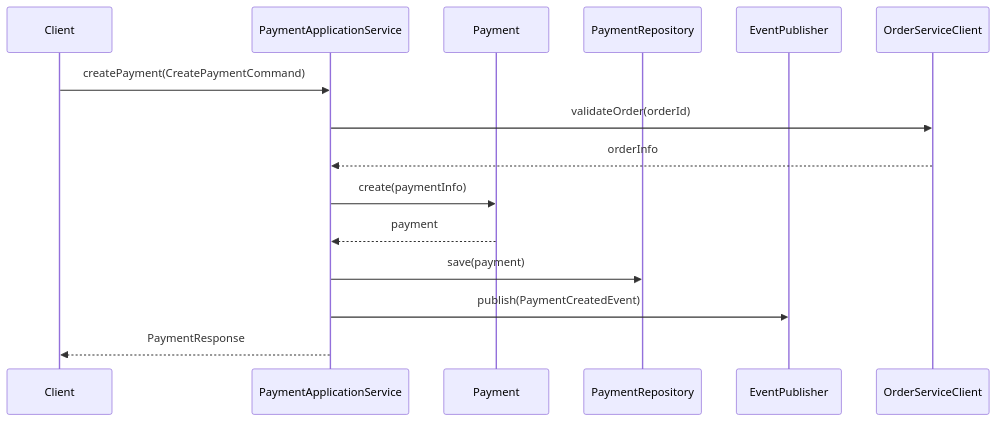
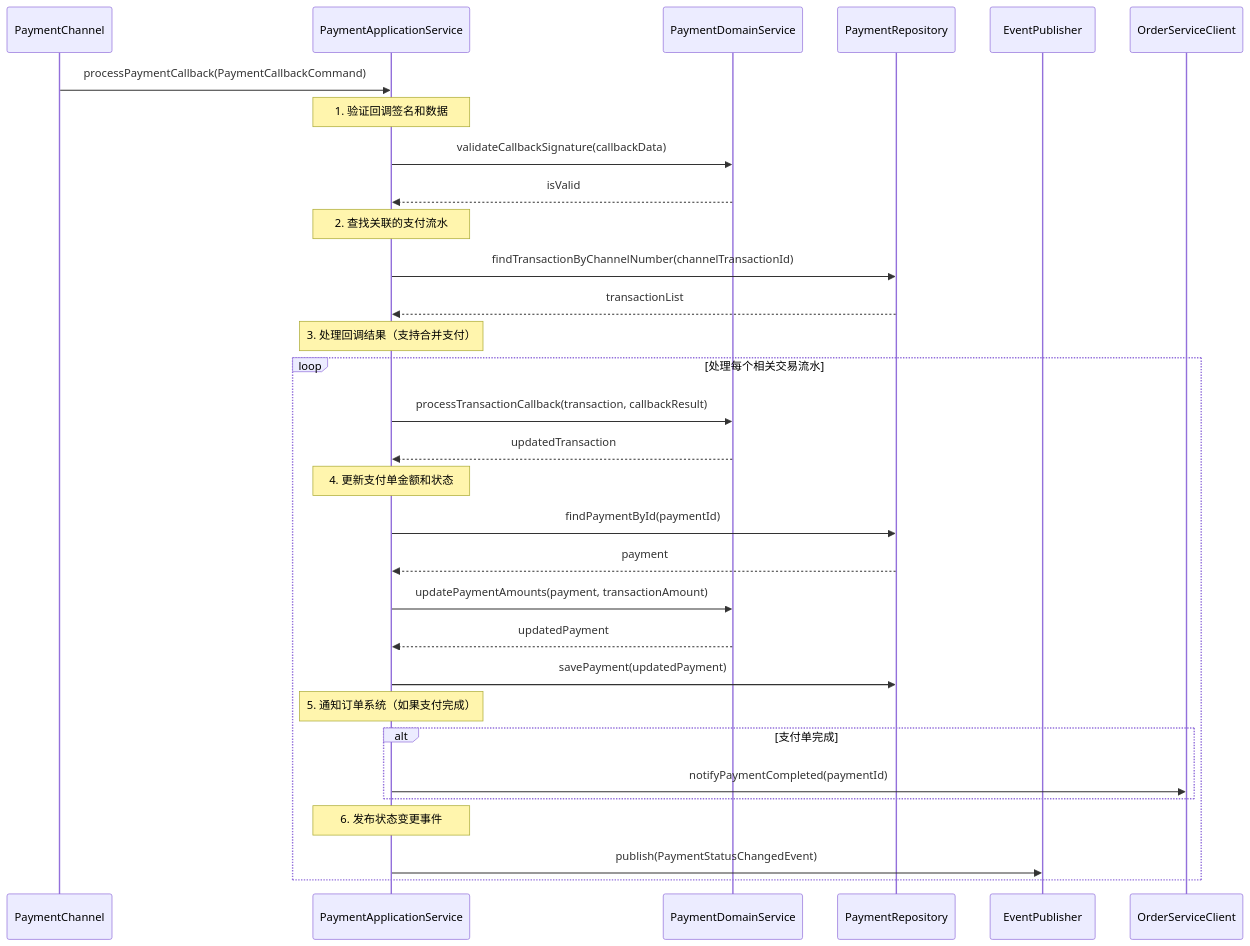
The second of 3 diagrams in docs/contexts/payment/application/services.md (KyleWangkq/ai-prompt), drawn with Mermaid before and after one commit. The commit also changed other lines of this file and 5 other files, not shown here.

````diff
--- a/docs/contexts/payment/application/services.md
+++ b/docs/contexts/payment/application/services.md
@@ -329,18 +913,40 @@
 ```mermaid
 sequenceDiagram
-    participant Client
+    participant Channel as PaymentChannel
     participant AppService as PaymentApplicationService
-    participant Aggregate as Payment
+    participant DomainService as PaymentDomainService
     participant Repository as PaymentRepository
     participant EventPublisher
     participant OrderClient as OrderServiceClient
     
-    Client->>AppService: createPayment(CreatePaymentCommand)
-    AppService->>OrderClient: validateOrder(orderId)
-    OrderClient-->>AppService: orderInfo
-    AppService->>Aggregate: create(paymentInfo)
-    Aggregate-->>AppService: payment
-    AppService->>Repository: save(payment)
-    AppService->>EventPublisher: publish(PaymentCreatedEvent)
-    AppService-->>Client: PaymentResponse
+    Channel->>AppService: processPaymentCallback(PaymentCallbackCommand)
+    
+    Note over AppService: 1. 验证回调签名和数据
+    AppService->>DomainService: validateCallbackSignature(callbackData)
+    DomainService-->>AppService: isValid
+    
+    Note over AppService: 2. 查找关联的支付流水
+    AppService->>Repository: findTransactionByChannelNumber(channelTransactionId)
+    Repository-->>AppService: transactionList
+    
+    Note over AppService: 3. 处理回调结果（支持合并支付）
+    loop 处理每个相关交易流水
+        AppService->>DomainService: processTransactionCallback(transaction, callbackResult)
+        DomainService-->>AppService: updatedTransaction
+        
+        Note over AppService: 4. 更新支付单金额和状态
+        AppService->>Repository: findPaymentById(paymentId)
+        Repository-->>AppService: payment
+        AppService->>DomainService: updatePaymentAmounts(payment, transactionAmount)
+        DomainService-->>AppService: updatedPayment
+        AppService->>Repository: savePayment(updatedPayment)
+        
+        Note over AppService: 5. 通知订单系统（如果支付完成）
+        alt 支付单完成
+            AppService->>OrderClient: notifyPaymentCompleted(paymentId)
+        end
+        
+        Note over AppService: 6. 发布状态变更事件
+        AppService->>EventPublisher: publish(PaymentStatusChangedEvent)
+    end
 ```
````
